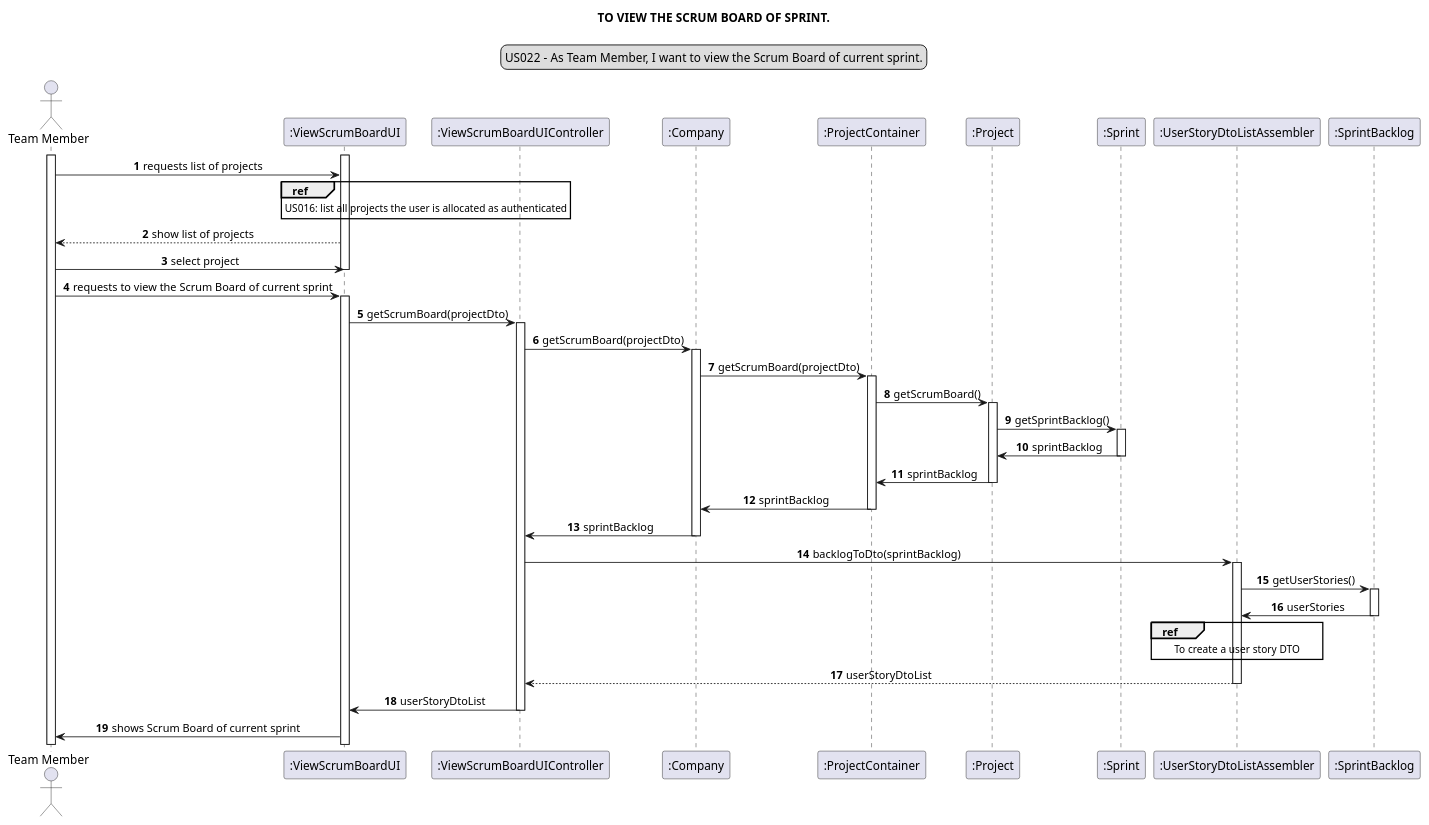
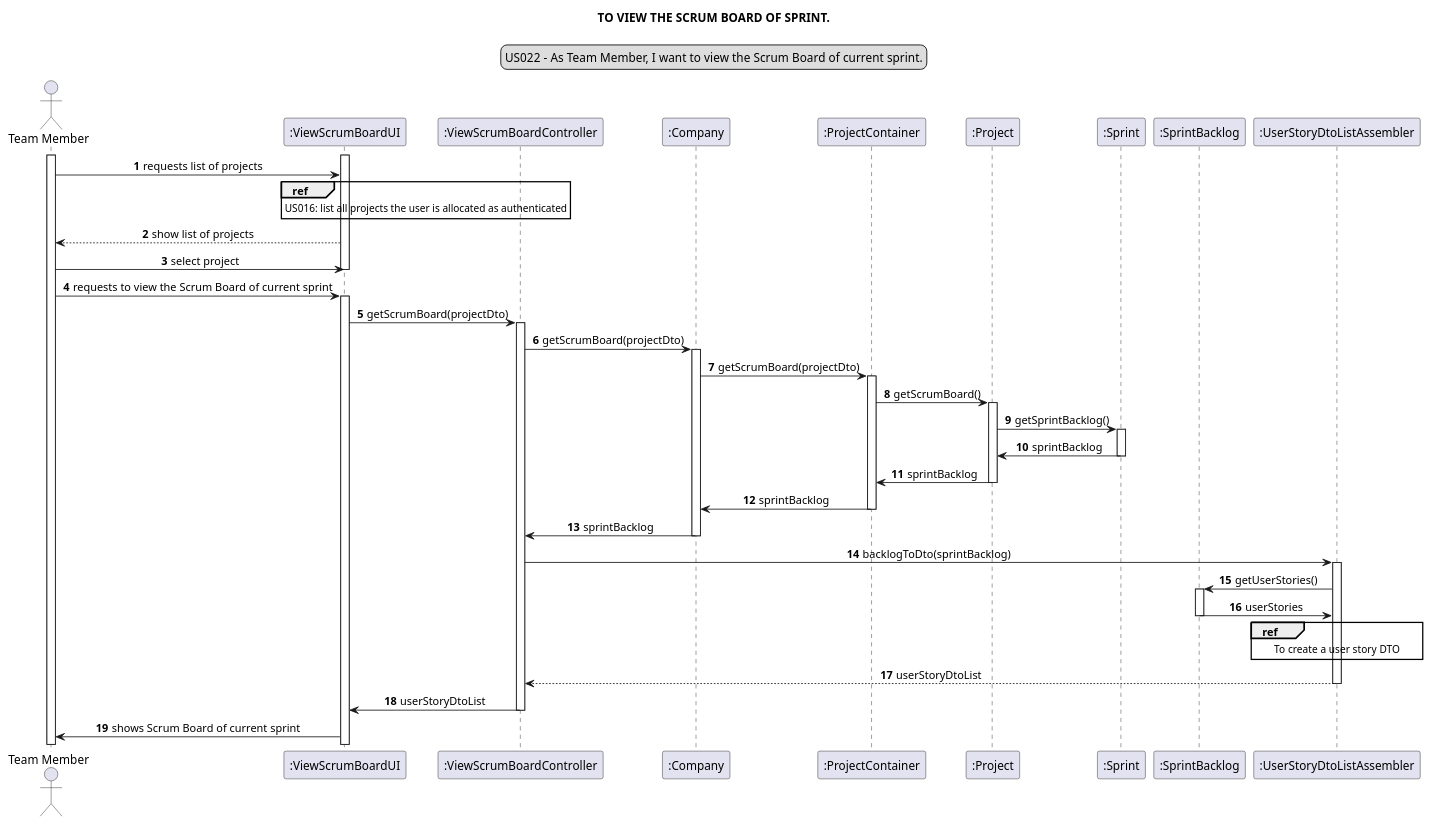
Before and after one commit to Loracline/project_switch_22-23: the diagram in docs/modelling_design/user_stories/sprint03/us022/US022_sequenceDiagram.puml, drawn with PlantUML.

Commit message:
US022: Update SD, addresses #49

```diff
--- a/docs/modelling_design/user_stories/sprint03/us022/US022_sequenceDiagram.puml
+++ b/docs/modelling_design/user_stories/sprint03/us022/US022_sequenceDiagram.puml
@@ -1,61 +1,61 @@
 @startuml
 skinparam sequenceMessageAlign center
 title TO VIEW THE SCRUM BOARD OF SPRINT.
 legend top
 US022 - As Team Member, I want to view the Scrum Board of current sprint.
 end legend
 autonumber
 actor "Team Member" as member
 participant ":ViewScrumBoardUI" as ui
-participant ":ViewScrumBoardUIController" as controller
+participant ":ViewScrumBoardController" as controller
 participant ":Company" as company
 participant ":ProjectContainer" as projectContainer
 participant ":Project" as project
 participant ":Sprint" as sprint
+participant ":SprintBacklog" as backlog
 participant ":UserStoryDtoListAssembler" as dto
-participant ":SprintBacklog" as backlog
 
 
 activate member
 activate ui
 member -> ui : requests list of projects
 ref over ui: US016: list all projects the user is allocated as authenticated
 ui --> member : show list of projects
 member -> ui : select project
 deactivate ui
 member -> ui : requests to view the Scrum Board of current sprint
 activate ui
 "ui" -> controller : getScrumBoard(projectDto)
 activate controller
 "controller" -> company : getScrumBoard(projectDto)
 activate company
 "company" -> projectContainer : getScrumBoard(projectDto)
 activate projectContainer
 "projectContainer" -> project: getScrumBoard()
 activate project
 "project" -> sprint : getSprintBacklog()
 activate sprint
 "sprint" -> project : sprintBacklog
 deactivate sprint
 project -> projectContainer : sprintBacklog
 deactivate project
 projectContainer -> company : sprintBacklog
 deactivate projectContainer
 company-> controller : sprintBacklog
 deactivate company
 controller-> dto : backlogToDto(sprintBacklog)
 activate dto
 "dto" ->backlog: getUserStories()
 activate backlog
 "backlog" -> dto: userStories
 deactivate backlog
 
 ref over dto: To create a user story DTO
 
 dto --> controller : userStoryDtoList
 deactivate dto
 controller -> ui : userStoryDtoList
 deactivate controller
 ui -> member : shows Scrum Board of current sprint
 
 @enduml
```
